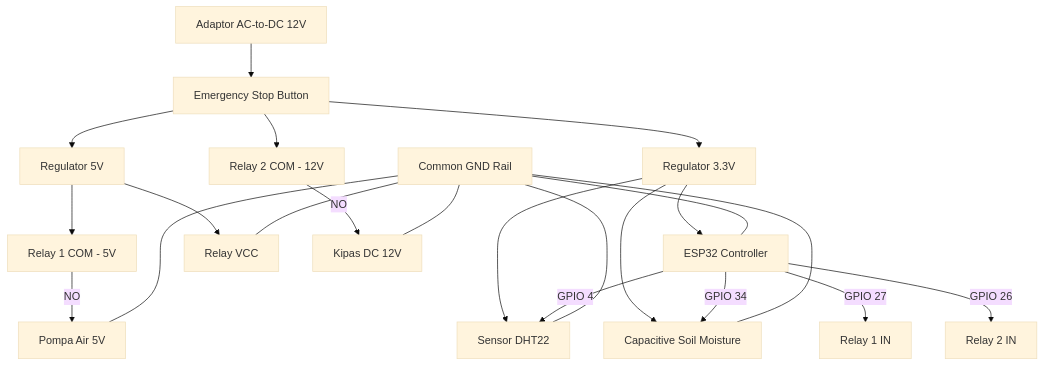
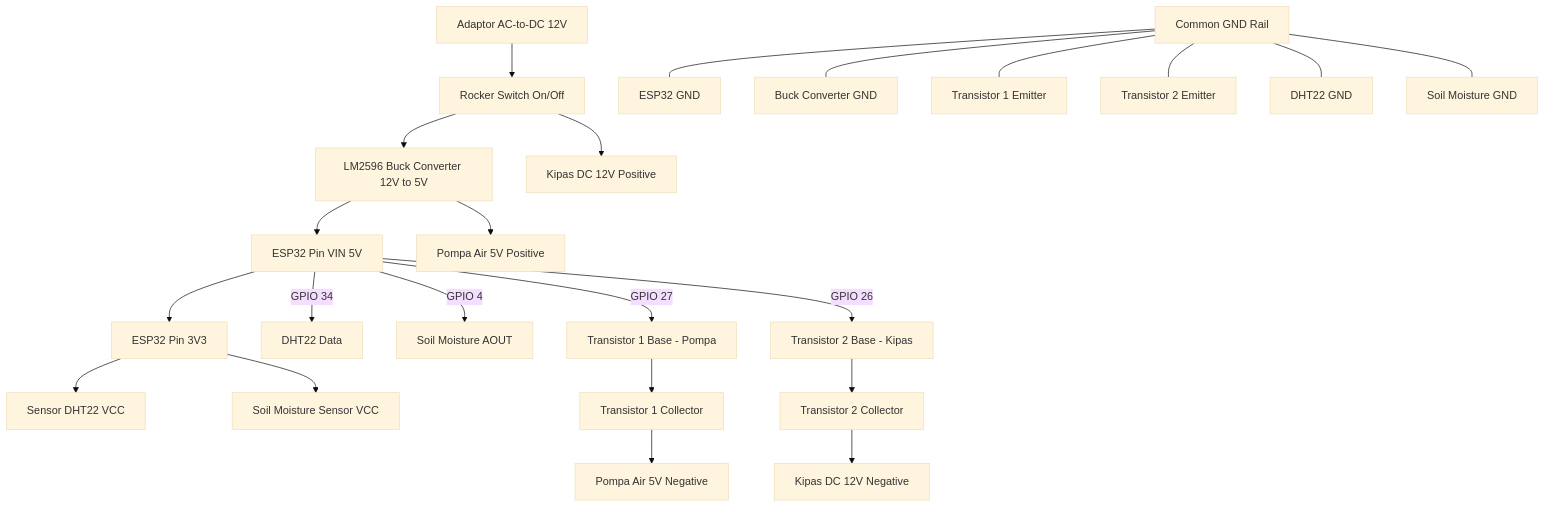
Before and after one commit to dittt637/Proyek-Sistem-Siber-Fisis: the diagram in hardware/README.md, drawn with Mermaid (base theme). The commit also changed other lines of this file and 2 other files, not shown here.

Commit message:
Update hardware schematic revisi: LM2596 Buck Converter, BJT Transistor drivers, and revised GPIO mapping (GPIO34 DHT22, GPIO4 Soil Moisture)

````diff
--- a/hardware/README.md
+++ b/hardware/README.md
@@ -62,30 +79,31 @@
 ```mermaid
 flowchart TD
-    AC[Adaptor AC-to-DC 12V] --> E_STOP[Emergency Stop Button]
+    AC[Adaptor AC-to-DC 12V] --> SWITCH[Rocker Switch On/Off]
     
-    E_STOP --> REG5V[Regulator 5V]
-    E_STOP --> REG3V[Regulator 3.3V]
-    E_STOP --> RELAY2_COM[Relay 2 COM - 12V]
+    SWITCH --> BUCK[LM2596 Buck Converter 12V to 5V]
+    SWITCH --> FAN_VCC[Kipas DC 12V Positive]
     
-    REG3V --> ESP32[ESP32 Controller]
-    REG3V --> DHT[Sensor DHT22]
-    REG3V --> SOIL[Capacitive Soil Moisture]
+    BUCK --> ESP32_VIN[ESP32 Pin VIN 5V]
+    BUCK --> PUMP_VCC[Pompa Air 5V Positive]
     
-    REG5V --> RELAY1_COM[Relay 1 COM - 5V]
-    REG5V --> RELAY_MODULE[Relay VCC]
+    ESP32_VIN --> ESP32_3V3[ESP32 Pin 3V3]
     
-    ESP32 -- GPIO 4 --> DHT
-    ESP32 -- GPIO 34 --> SOIL
-    ESP32 -- GPIO 27 --> RELAY1_IN[Relay 1 IN]
-    ESP32 -- GPIO 26 --> RELAY2_IN[Relay 2 IN]
+    ESP32_3V3 --> DHT[Sensor DHT22 VCC]
+    ESP32_3V3 --> SOIL[Soil Moisture Sensor VCC]
     
-    RELAY1_COM -- NO --> PUMP[Pompa Air 5V]
-    RELAY2_COM -- NO --> FAN[Kipas DC 12V]
+    ESP32_VIN -- GPIO 34 --> DHT_DATA[DHT22 Data]
+    ESP32_VIN -- GPIO 4 --> SOIL_AOUT[Soil Moisture AOUT]
     
-    GND[Common GND Rail] --- ESP32
-    GND --- DHT
-    GND --- SOIL
-    GND --- PUMP
-    GND --- FAN
-    GND --- RELAY_MODULE
+    ESP32_VIN -- GPIO 27 --> TR1_BASE[Transistor 1 Base - Pompa]
+    ESP32_VIN -- GPIO 26 --> TR2_BASE[Transistor 2 Base - Kipas]
+    
+    TR1_BASE --> TR1_C[Transistor 1 Collector] --> PUMP_GND[Pompa Air 5V Negative]
+    TR2_BASE --> TR2_C[Transistor 2 Collector] --> FAN_GND[Kipas DC 12V Negative]
+    
+    GND[Common GND Rail] --- ESP32_GND[ESP32 GND]
+    GND --- BUCK_GND[Buck Converter GND]
+    GND --- TR1_E[Transistor 1 Emitter]
+    GND --- TR2_E[Transistor 2 Emitter]
+    GND --- DHT_GND[DHT22 GND]
+    GND --- SOIL_GND[Soil Moisture GND]
 ```
````
